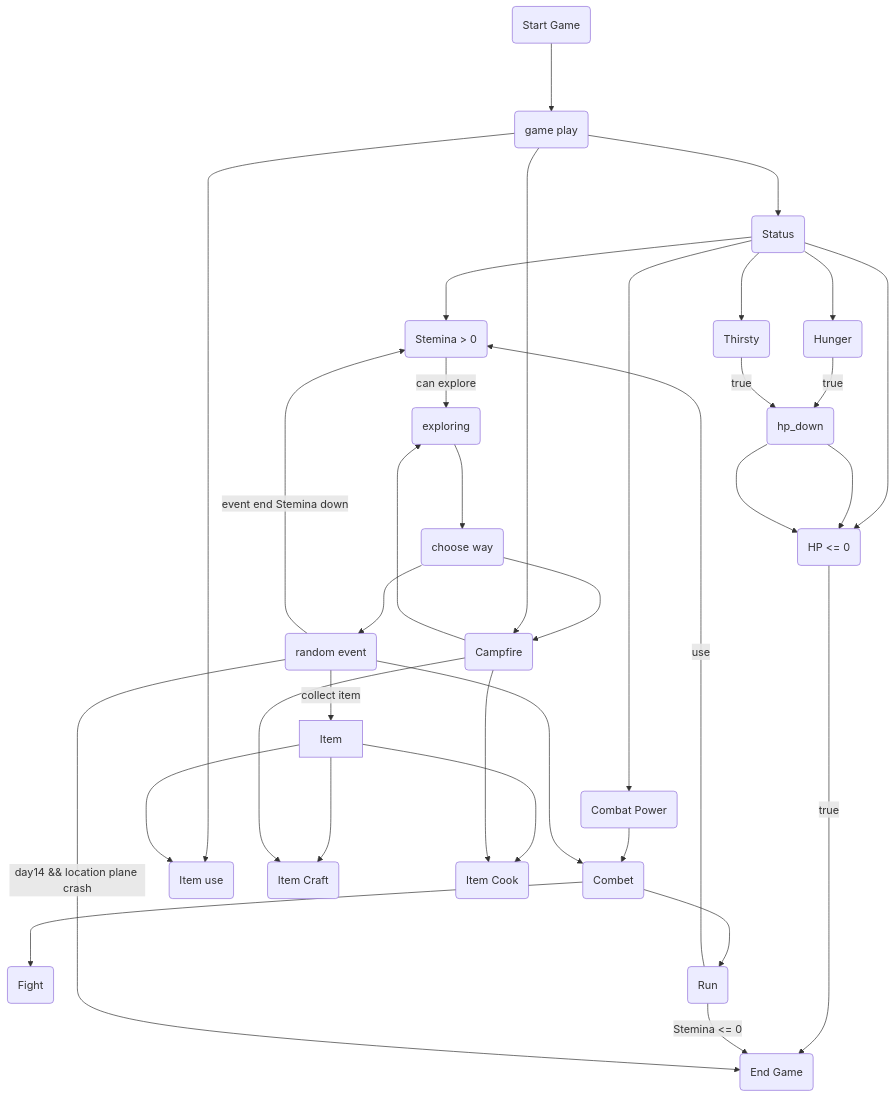
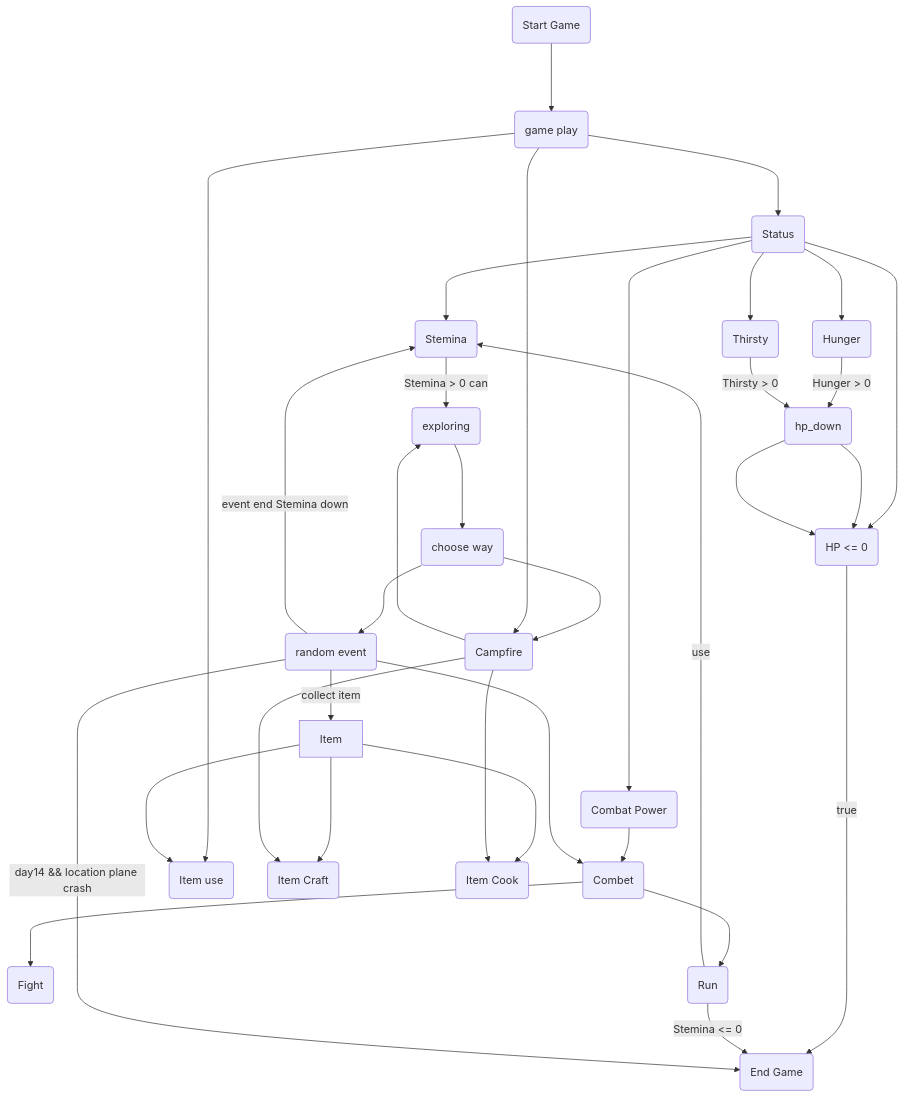
One commit to SSProgamer/C-Project changed the diagram in need me.md. Above: the diagram before and after it, drawn with Mermaid.

Commit message:
Update need me.md

````diff
--- a/need me.md
+++ b/need me.md
@@ -35,27 +35,27 @@
 ```mermaid
 flowchart TD
 start(Start Game) ---> ingame(game play)
 ingame ---> status(Status) --->hp
-status ---> Stemina(Stemina > 0) --can explore--> explore
-status ---> Hunger(Hunger) --true--> hp_down(hp_down) ---> hp
-status ---> Thirsty(Thirsty) --true--> hp_down(hp_down) ---> hp
+status ---> Stemina(Stemina) -- Stemina > 0 can--> explore
+status ---> Hunger(Hunger) --Hunger > 0--> hp_down(hp_down) ---> hp
+status ---> Thirsty(Thirsty) --Thirsty > 0--> hp_down(hp_down) ---> hp
 status ---> combatpower(Combat Power) --> combet
 hp(HP <= 0) --true--> e(End Game)
 
 campfire ---> explore(exploring) ---> way(choose way) ---> event(random event)
 way ---> campfire
 event ----> combet(Combet)
 combet ---> fight(Fight)
 combet ---> run(Run) --use--> Stemina
 run(Run) --Stemina <= 0--> e
 event --event end Stemina down--> Stemina
 event --day14 && location plane crash--> e(End Game)
 event(random event) --collect item--> Item
 ingame ---> Itemuse(Item use)
 Item ---> Itemuse
 Item ---> Itemcraft(Item Craft)
 Item ---> Itemcook(Item Cook)
 ingame ---> campfire(Campfire)
 campfire(Campfire) ---> Itemcraft(Item Craft)
 campfire(Campfire) ---> Itemcook(Item Cook)
 ```
````
